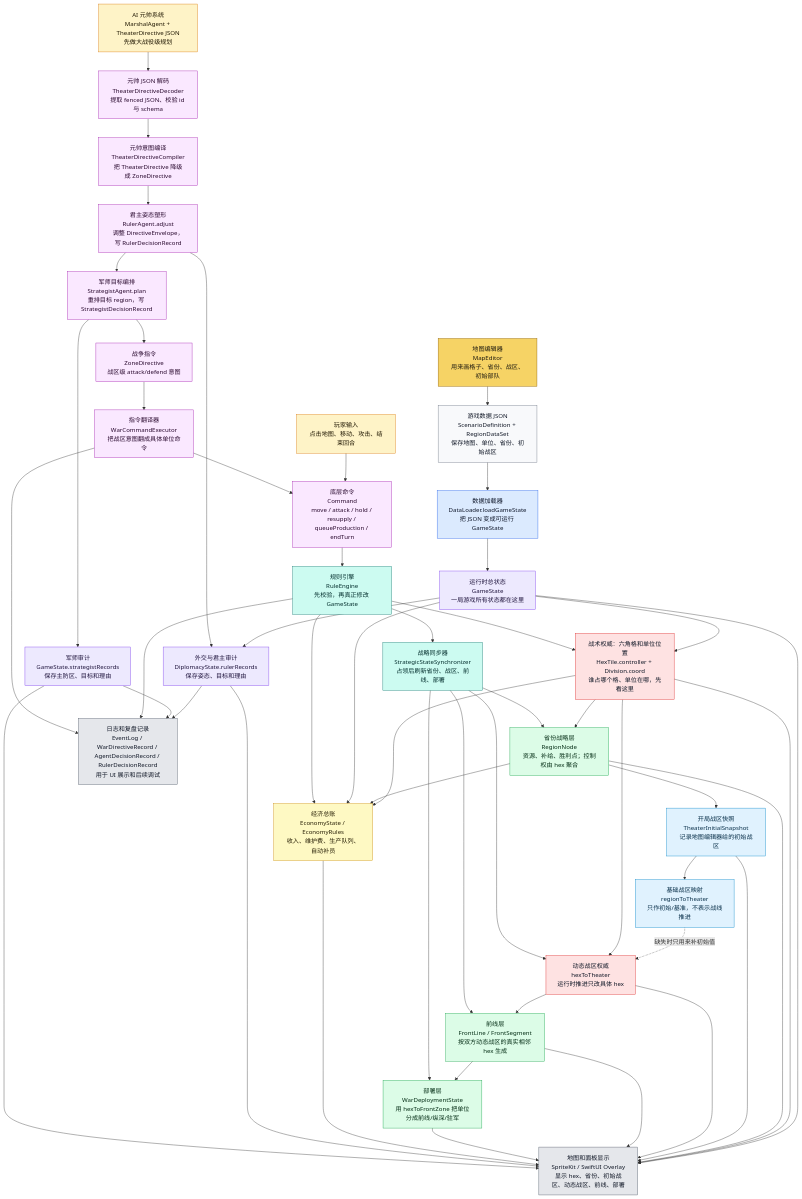
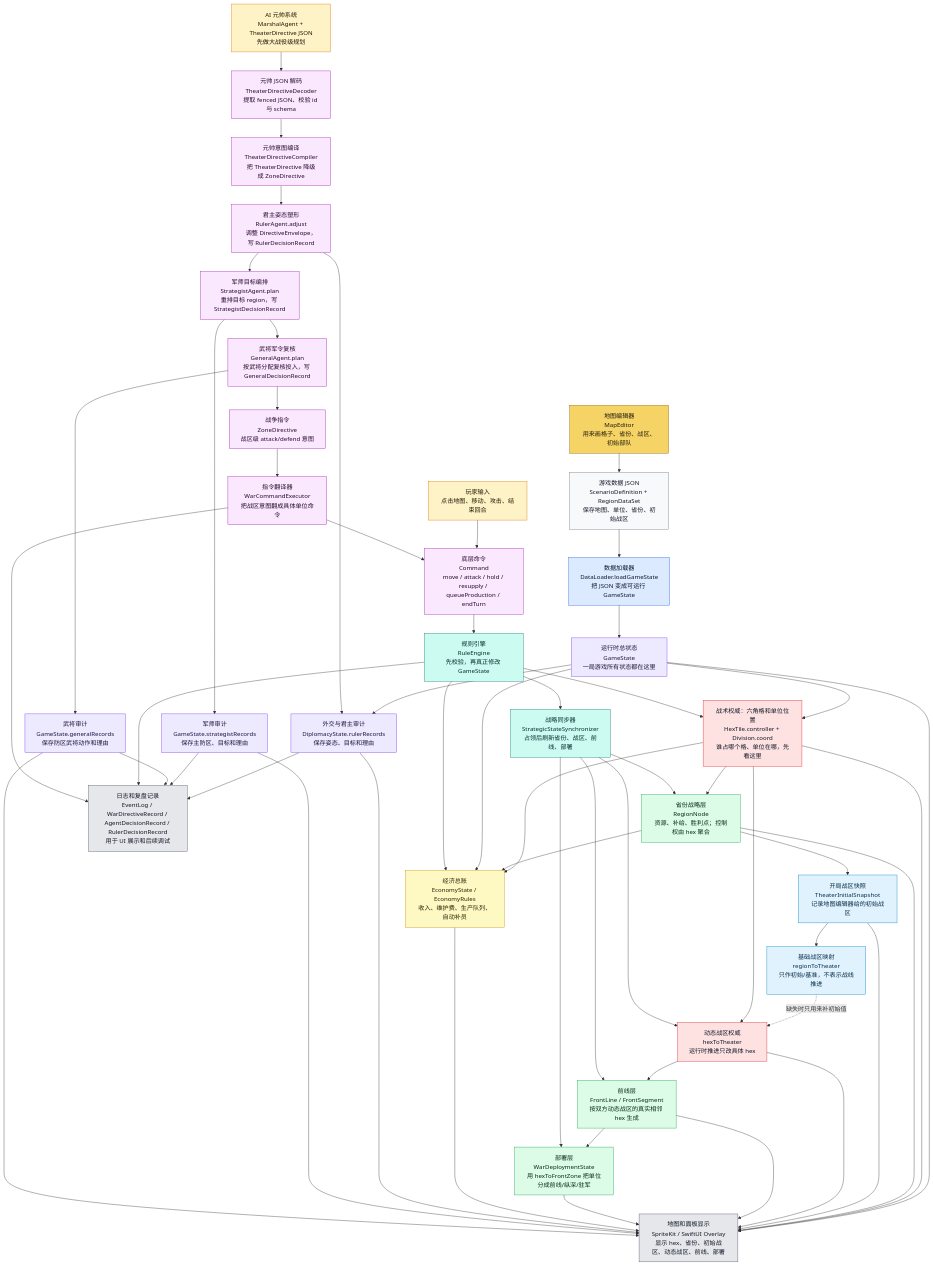
One commit to Altman-sam114/121 changed the first of 9 diagrams in md/flow/flowchart.md. Above: the diagram before and after it, drawn with Mermaid. The commit also changed other lines of this file and 14 other files, not shown here.

```diff
--- a/md/flow/flowchart.md
+++ b/md/flow/flowchart.md
@@ -69,6 +69,7 @@
     COMP["元帅意图编译<br/>TheaterDirectiveCompiler<br/>把 TheaterDirective 降级成 ZoneDirective"]:::command
     RULER["君主姿态塑形<br/>RulerAgent.adjust<br/>调整 DirectiveEnvelope，写 RulerDecisionRecord"]:::command
     STRAT["军师目标编排<br/>StrategistAgent.plan<br/>重排目标 region，写 StrategistDecisionRecord"]:::command
+    GENA["武将军令复核<br/>GeneralAgent.plan<br/>按武将分配复核投入，写 GeneralDecisionRecord"]:::command
     ZD["战争指令<br/>ZoneDirective<br/>战区级 attack/defend 意图"]:::command
     WCE["指令翻译器<br/>WarCommandExecutor<br/>把战区意图翻成具体单位命令"]:::command
     CMD["底层命令<br/>Command<br/>move / attack / hold / resupply / queueProduction / endTurn"]:::command
@@ -76,6 +77,7 @@
     SYNC["战略同步器<br/>StrategicStateSynchronizer<br/>占领后刷新省份、战区、前线、部署"]:::rules
     DIP["外交与君主审计<br/>DiplomacyState.rulerRecords<br/>保存姿态、目标和理由"]:::state
     SREC["军师审计<br/>GameState.strategistRecords<br/>保存主防区、目标和理由"]:::state
+    GREC["武将审计<br/>GameState.generalRecords<br/>保存防区武将动作和理由"]:::state
 
     UI["地图和面板显示<br/>SpriteKit / SwiftUI Overlay<br/>显示 hex、省份、初始战区、动态战区、前线、部署"]:::ui
     LOG["日志和复盘记录<br/>EventLog / WarDirectiveRecord / AgentDecisionRecord / RulerDecisionRecord<br/>用于 UI 展示和后续调试"]:::ui
@@ -94,9 +96,10 @@
     GS --> DIP
 
     PLAYER --> CMD
-    AI --> DEC --> COMP --> RULER --> STRAT --> ZD --> WCE --> CMD
+    AI --> DEC --> COMP --> RULER --> STRAT --> GENA --> ZD --> WCE --> CMD
     RULER --> DIP
     STRAT --> SREC
+    GENA --> GREC
     CMD --> RE --> HEX
     RE --> ECO
     RE --> SYNC
@@ -115,8 +118,10 @@
     ECO --> UI
     DIP --> UI
     SREC --> UI
+    GREC --> UI
     DIP --> LOG
     SREC --> LOG
+    GREC --> LOG
     RE --> LOG
     WCE --> LOG
 
```
